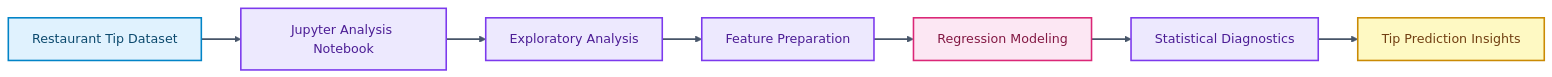
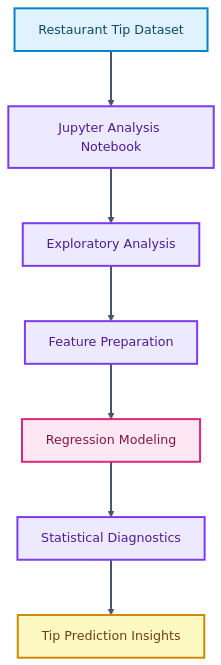
The diagram in README.md (skx56/DAI-Analysis), drawn with Mermaid before and after one commit.

Commit message:
Make README architecture diagram vertical

````diff
--- a/README.md
+++ b/README.md
@@ -30,20 +30,21 @@
 ```mermaid
-flowchart LR
+%%{init: {"flowchart": {"nodeSpacing": 55, "rankSpacing": 70, "curve": "basis"}, "themeVariables": {"fontSize": "16px", "fontFamily": "Inter, ui-sans-serif, system-ui, -apple-system, BlinkMacSystemFont, Segoe UI, sans-serif"}}}%%
+flowchart TD
   Data["Restaurant Tip Dataset"] --> Notebook["Jupyter Analysis Notebook"]
   Notebook --> EDA["Exploratory Analysis"]
   EDA --> Features["Feature Preparation"]
   Features --> Model["Regression Modeling"]
   Model --> Diagnostics["Statistical Diagnostics"]
   Diagnostics --> Insights["Tip Prediction Insights"]
 
-  classDef inputs fill:#E0F2FE,stroke:#0284C7,color:#0C4A6E,stroke-width:2px;
-  classDef process fill:#EDE9FE,stroke:#7C3AED,color:#4C1D95,stroke-width:2px;
-  classDef data fill:#CCFBF1,stroke:#0D9488,color:#134E4A,stroke-width:2px;
-  classDef agent fill:#FCE7F3,stroke:#DB2777,color:#831843,stroke-width:2px;
-  classDef output fill:#FEF9C3,stroke:#CA8A04,color:#713F12,stroke-width:2px;
+  classDef inputs fill:#E0F2FE,stroke:#0284C7,color:#0C4A6E,stroke-width:2.5px;
+  classDef process fill:#EDE9FE,stroke:#7C3AED,color:#4C1D95,stroke-width:2.5px;
+  classDef data fill:#CCFBF1,stroke:#0D9488,color:#134E4A,stroke-width:2.5px;
+  classDef agent fill:#FCE7F3,stroke:#DB2777,color:#831843,stroke-width:2.5px;
+  classDef output fill:#FEF9C3,stroke:#CA8A04,color:#713F12,stroke-width:2.5px;
   class Data inputs;
   class Notebook,EDA,Features,Diagnostics process;
   class Model agent;
   class Insights output;
-  linkStyle default stroke:#475569,stroke-width:2px;
+  linkStyle default stroke:#475569,stroke-width:2.5px;
 ```
````
